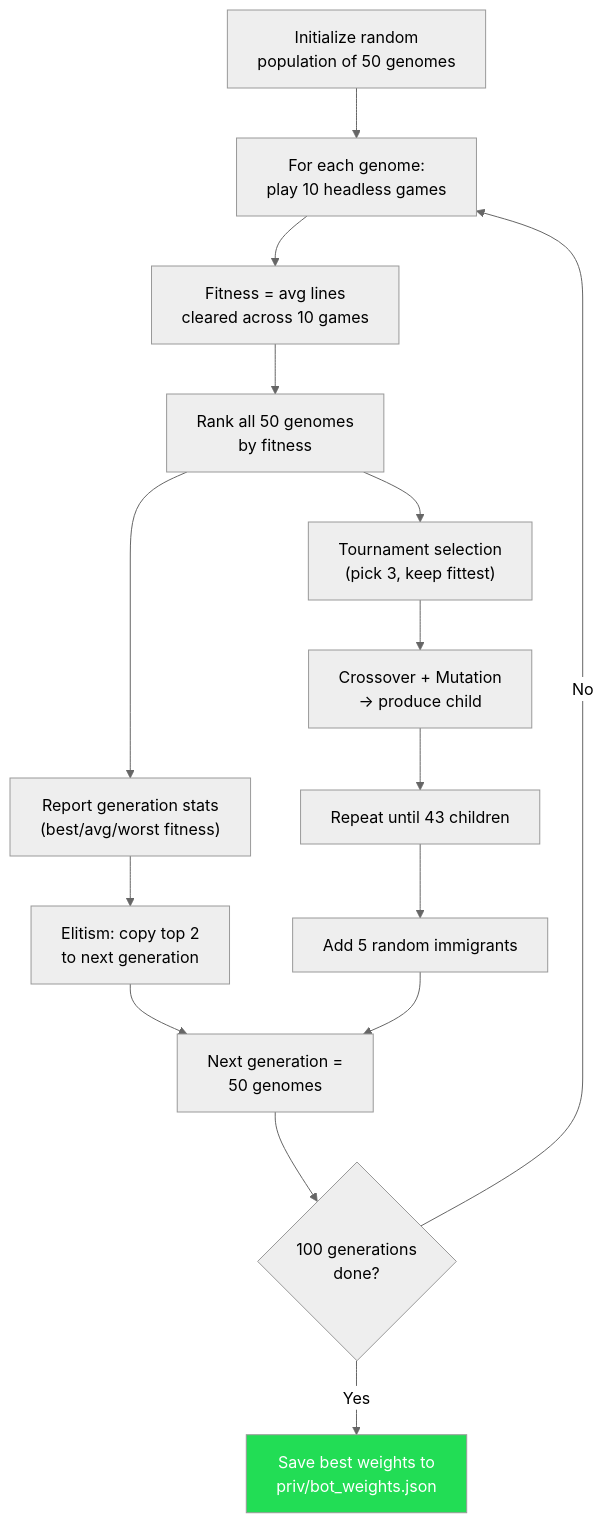
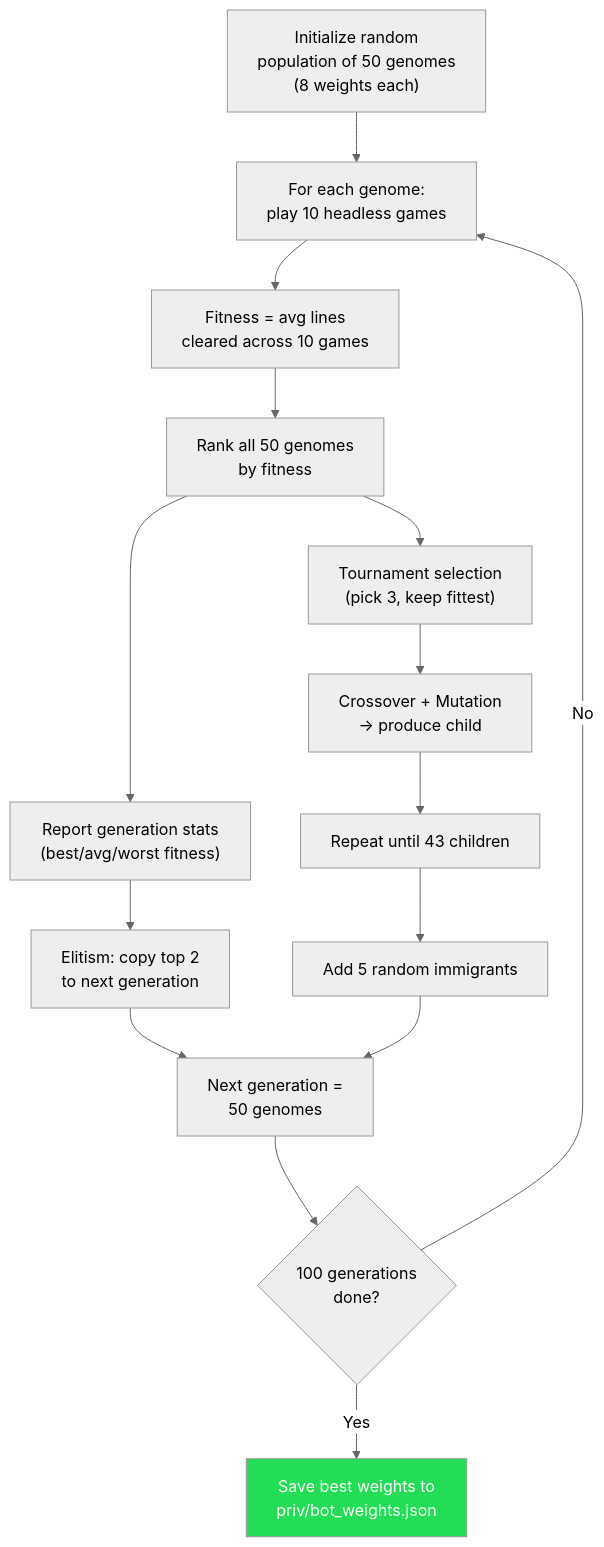
Before and after one commit to mjaric/tetris-battle: the fifth of 7 diagrams in server/docs/bot-algorithm-walkthrough.md, drawn with Mermaid (neutral theme). The commit also changed other lines of this file and 18 other files, not shown here.

````diff
--- a/server/docs/bot-algorithm-walkthrough.md
+++ b/server/docs/bot-algorithm-walkthrough.md
@@ -497,19 +553,19 @@
 ```mermaid
 flowchart TD
-    A["Initialize random<br>population of 50 genomes"] --> B["For each genome:<br>play 10 headless games"]
+    A["Initialize random<br>population of 50 genomes<br>(8 weights each)"] --> B["For each genome:<br>play 10 headless games"]
     B --> C["Fitness = avg lines<br>cleared across 10 games"]
     C --> D["Rank all 50 genomes<br>by fitness"]
     D --> E["Report generation stats<br>(best/avg/worst fitness)"]
     E --> F["Elitism: copy top 2<br>to next generation"]
     D --> G["Tournament selection<br>(pick 3, keep fittest)"]
     G --> H["Crossover + Mutation<br>→ produce child"]
     H --> I["Repeat until 43 children"]
     I --> J["Add 5 random immigrants"]
     F --> K["Next generation =<br>50 genomes"]
     J --> K
     K --> L{"100 generations<br>done?"}
     L -- No --> B
     L -- Yes --> M["Save best weights to<br>priv/bot_weights.json"]
 
     style M fill:#2d5,color:#fff
 ```
````
